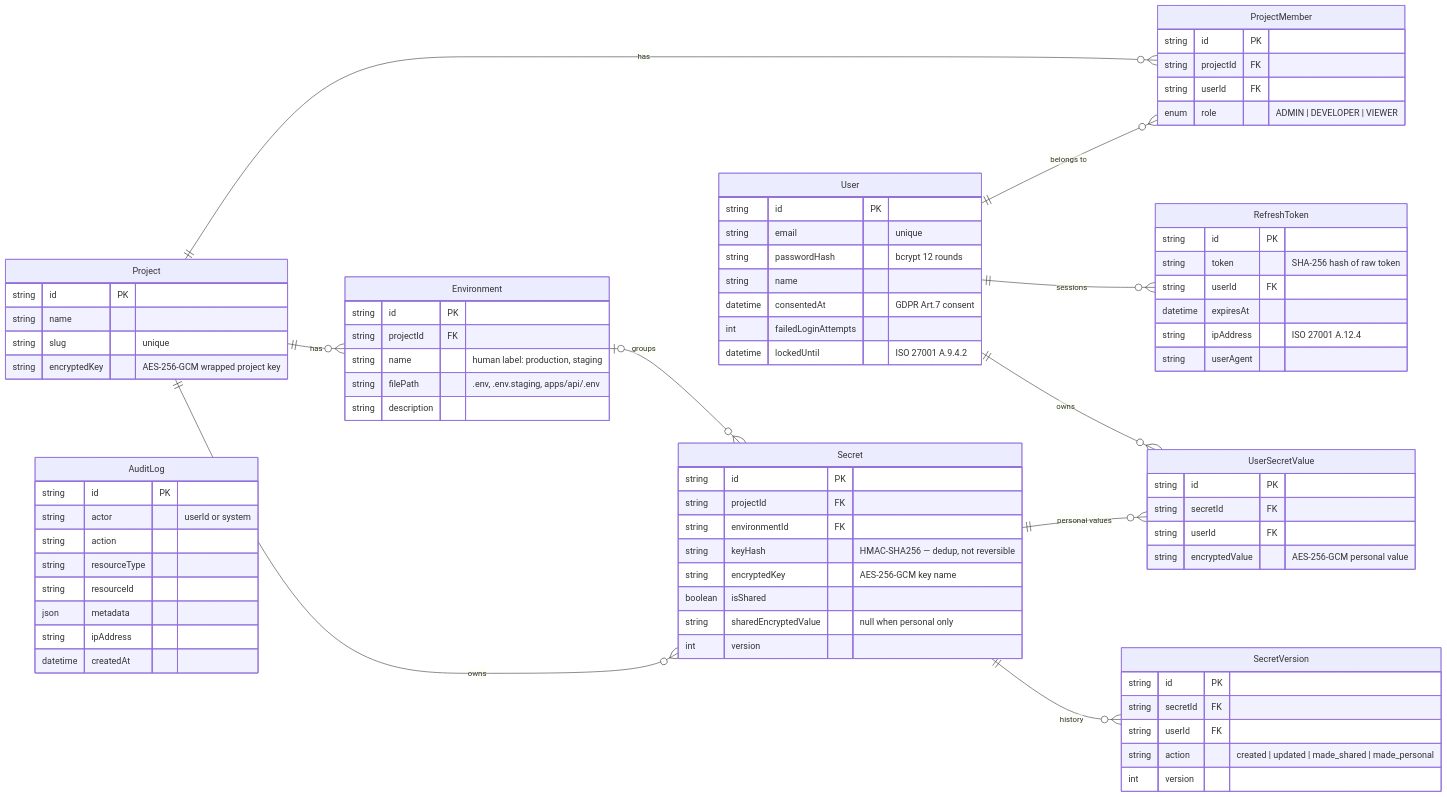
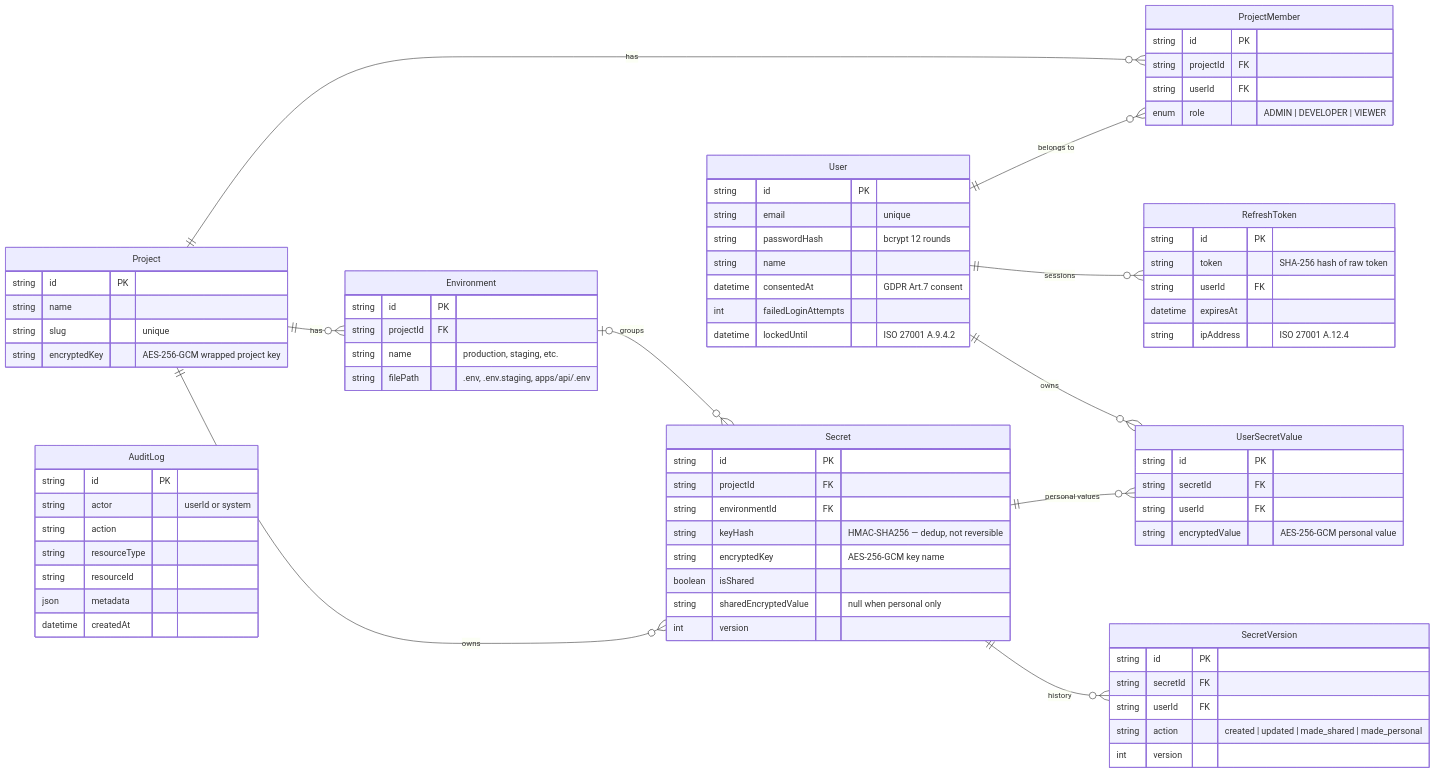
The fifth of 5 diagrams in README.md (s-pl/envShare), drawn with Mermaid before and after one commit. The commit also changed other lines of this file and 41 other files, not shown here.

````diff
--- a/README.md
+++ b/README.md
@@ -210,13 +229,13 @@
     direction LR
 
     User {
-        string  id              PK
-        string  email           "unique"
-        string  passwordHash    "bcrypt 12 rounds"
-        string  name
-        datetime consentedAt    "GDPR Art.7 consent"
-        int     failedLoginAttempts
-        datetime lockedUntil   "ISO 27001 A.9.4.2"
+        string   id                 PK
+        string   email              "unique"
+        string   passwordHash       "bcrypt 12 rounds"
+        string   name
+        datetime consentedAt        "GDPR Art.7 consent"
+        int      failedLoginAttempts
+        datetime lockedUntil        "ISO 27001 A.9.4.2"
     }
 
     Project {
@@ -234,11 +253,10 @@
     }
 
     Environment {
-        string  id        PK
-        string  projectId FK
-        string  name      "human label: production, staging"
-        string  filePath  ".env, .env.staging, apps/api/.env"
-        string  description
+        string  id          PK
+        string  projectId   FK
+        string  name        "production, staging, etc."
+        string  filePath    ".env, .env.staging, apps/api/.env"
     }
 
     Secret {
@@ -253,17 +271,17 @@
     }
 
     UserSecretValue {
-        string id            PK
-        string secretId      FK
-        string userId        FK
+        string id             PK
+        string secretId       FK
+        string userId         FK
         string encryptedValue "AES-256-GCM personal value"
     }
 
     SecretVersion {
-        string id        PK
-        string secretId  FK
-        string userId    FK
-        string action    "created | updated | made_shared | made_personal"
+        string id       PK
+        string secretId FK
+        string userId   FK
+        string action   "created | updated | made_shared | made_personal"
         int    version
     }
 
@@ -273,7 +291,6 @@
         string   userId    FK
         datetime expiresAt
         string   ipAddress "ISO 27001 A.12.4"
-        string   userAgent
     }
 
     AuditLog {
@@ -283,17 +300,16 @@
         string   resourceType
         string   resourceId
         json     metadata
-        string   ipAddress
         datetime createdAt
     }
 
-    User           ||--o{ ProjectMember  : "belongs to"
-    Project        ||--o{ ProjectMember  : "has"
-    Project        ||--o{ Environment    : "has"
-    Project        ||--o{ Secret         : "owns"
-    Environment    |o--o{ Secret         : "groups"
+    User           ||--o{ ProjectMember   : "belongs to"
+    Project        ||--o{ ProjectMember   : "has"
+    Project        ||--o{ Environment     : "has"
+    Project        ||--o{ Secret          : "owns"
+    Environment    |o--o{ Secret          : "groups"
     Secret         ||--o{ UserSecretValue : "personal values"
     User           ||--o{ UserSecretValue : "owns"
-    Secret         ||--o{ SecretVersion  : "history"
-    User           ||--o{ RefreshToken   : "sessions"
+    Secret         ||--o{ SecretVersion   : "history"
+    User           ||--o{ RefreshToken    : "sessions"
 ```
````
